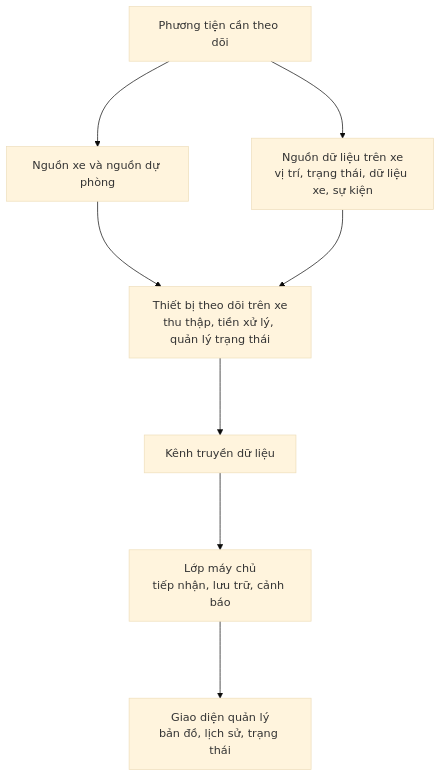
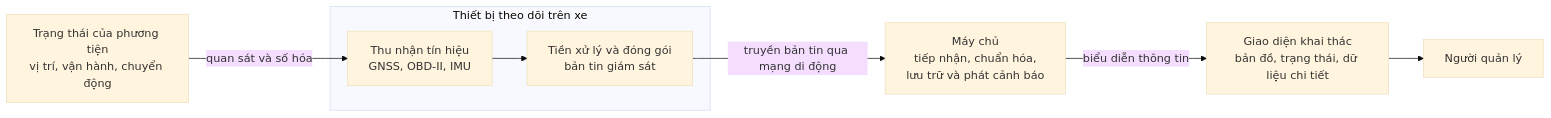
One commit to anmh1205/IoT_Vehicle_Tracking_System changed the diagram in resources/reports/thesis/final/assets/uml/03-chuong-3-giai-phap-phan-cung-hinh-3-1.mmd. Above: the diagram before and after it, drawn with Mermaid (base theme). The commit also changed 784 other files, not shown here.

```diff
--- a/resources/reports/thesis/final/assets/uml/03-chuong-3-giai-phap-phan-cung-hinh-3-1.mmd
+++ b/resources/reports/thesis/final/assets/uml/03-chuong-3-giai-phap-phan-cung-hinh-3-1.mmd
@@ -1,13 +1,19 @@
-%%{init: {'flowchart': {'nodeSpacing': 90, 'rankSpacing': 110}} }%%
-flowchart TB
-    Vehicle["Phương tiện cần theo dõi"]
-    Power["Nguồn xe và nguồn dự phòng"]
-    Sources["Nguồn dữ liệu trên xe<br/>vị trí, trạng thái, dữ liệu xe, sự kiện"]
-    Device["Thiết bị theo dõi trên xe<br/>thu thập, tiền xử lý, quản lý trạng thái"]
-    Channel["Kênh truyền dữ liệu"]
-    Server["Lớp máy chủ<br/>tiếp nhận, lưu trữ, cảnh báo"]
-    App["Giao diện quản lý<br/>bản đồ, lịch sử, trạng thái"]
+flowchart LR
+    Vehicle["Trạng thái của phương tiện<br>vị trí, vận hành, chuyển động"]
 
-    Vehicle --> Power --> Device
-    Vehicle --> Sources --> Device
-    Device --> Channel --> Server --> App
+    subgraph Device["Thiết bị theo dõi trên xe"]
+        Acquire["Thu nhận tín hiệu<br>GNSS, OBD-II, IMU"]
+        Packet["Tiền xử lý và đóng gói<br>bản tin giám sát"]
+    end
+
+    Server["Máy chủ<br>tiếp nhận, chuẩn hóa,<br>lưu trữ và phát cảnh báo"]
+
+    Interface["Giao diện khai thác<br>bản đồ, trạng thái, dữ liệu chi tiết"]
+
+    Manager["Người quản lý"]
+
+    Vehicle -->|quan sát và số hóa| Acquire
+    Acquire --> Packet
+    Packet -->|truyền bản tin qua mạng di động| Server
+    Server -->|biểu diễn thông tin| Interface
+    Interface --> Manager
```
